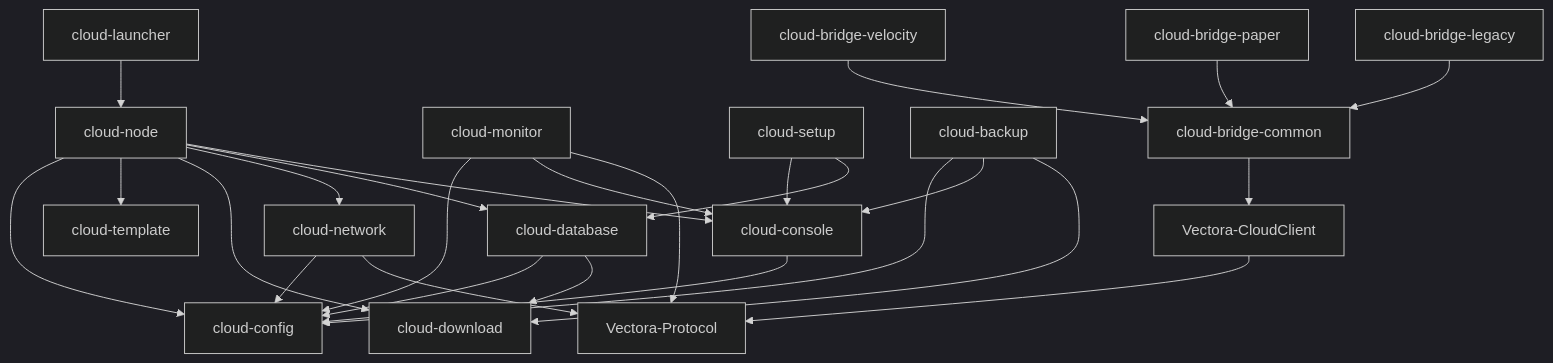
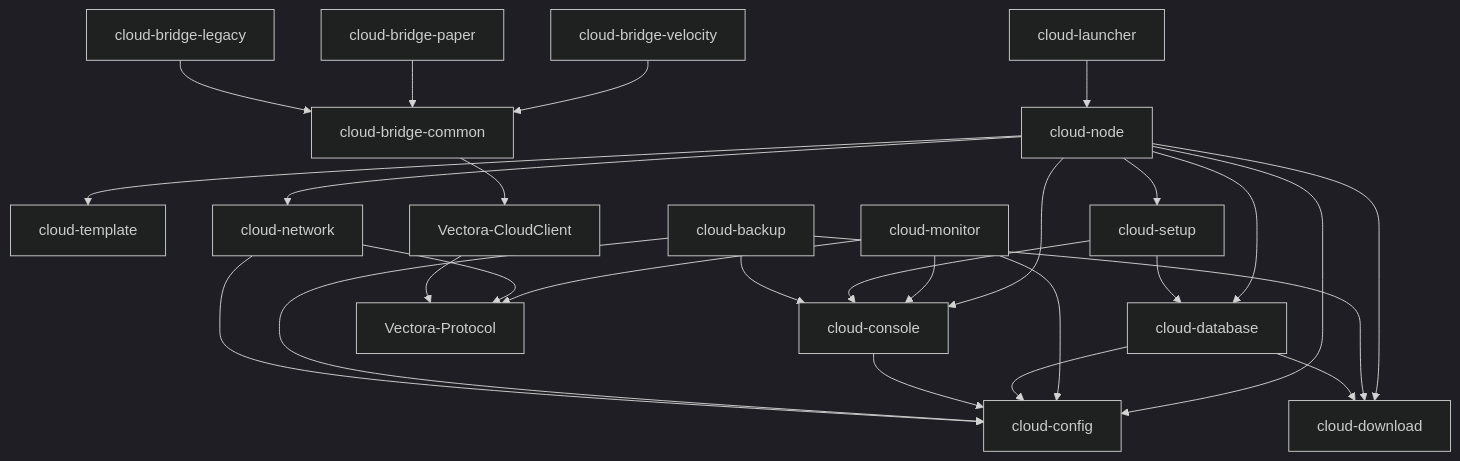
Before and after one commit to VectoDE/VectolynCloud: the diagram in docs/cloud/architecture.md, drawn with Mermaid (dark theme). The commit also changed 44 other files, not shown here.

First line of the commit message:
feat(cloud-node): run the setup before any service and start only wanted servers (#47)

````diff
--- a/docs/cloud/architecture.md
+++ b/docs/cloud/architecture.md
@@ -37,28 +37,29 @@
 ```mermaid
 graph TD
     launcher[cloud-launcher] --> node[cloud-node]
     node --> config[cloud-config]
     node --> template[cloud-template]
     node --> download[cloud-download]
     node --> network[cloud-network]
     node --> database[cloud-database]
     node --> console[cloud-console]
+    node --> setup[cloud-setup]
     monitor[cloud-monitor] --> config
     monitor --> console
     monitor --> protocol
     database --> config
     console[cloud-console] --> config
     setup[cloud-setup] --> console
     setup --> database
     backup[cloud-backup] --> config
     backup --> console
     backup --> download
     database --> download
     network --> config
     network --> protocol[Vectora-Protocol]
     client[Vectora-CloudClient] --> protocol
     bcom[cloud-bridge-common] --> client
     bvel[cloud-bridge-velocity] --> bcom
     bpap[cloud-bridge-paper] --> bcom
     bleg[cloud-bridge-legacy] --> bcom
 ```
````
